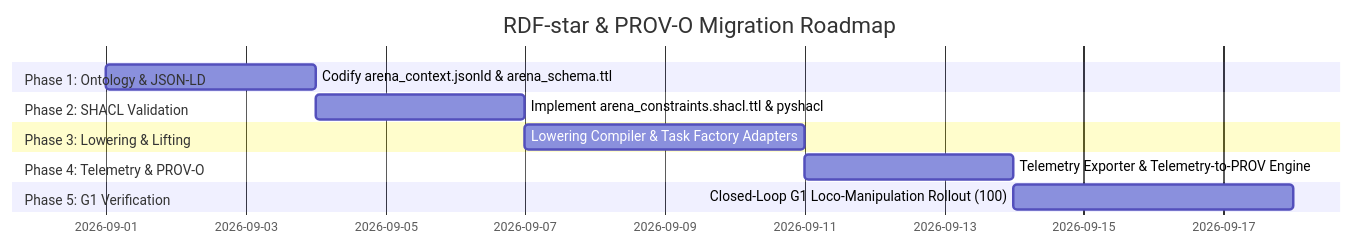
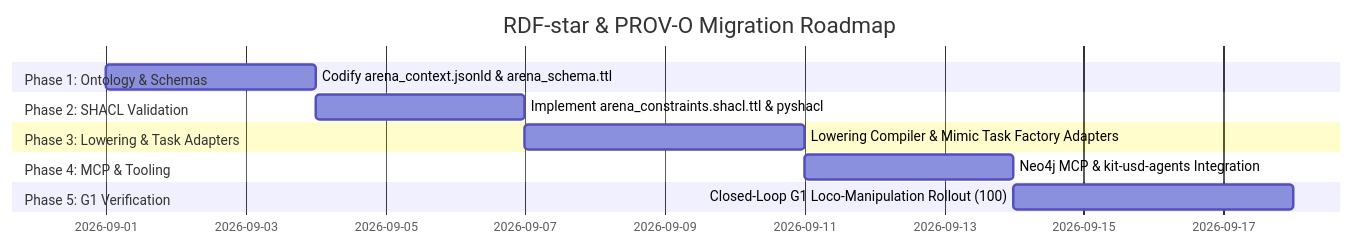
Before and after one commit to boredengineering/IsaacLab-Arena: the sixth of 6 diagrams in .agents/references/agentic_env_generation/rdf_star_lpg_provo_plan.md, drawn with Mermaid. The commit also changed other lines of this file, not shown here.

Commit message:
docs(agentic): add LPG cypher schema, MCP ecosystem, and skill integration plan

````diff
--- a/.agents/references/agentic_env_generation/rdf_star_lpg_provo_plan.md
+++ b/.agents/references/agentic_env_generation/rdf_star_lpg_provo_plan.md
@@ -416,15 +588,15 @@
 ```mermaid
 gantt
     title RDF-star & PROV-O Migration Roadmap
     dateFormat  YYYY-MM-DD
-    section Phase 1: Ontology & JSON-LD
+    section Phase 1: Ontology & Schemas
     Codify arena_context.jsonld & arena_schema.ttl :p1, 2026-09-01, 3d
     section Phase 2: SHACL Validation
     Implement arena_constraints.shacl.ttl & pyshacl :p2, after p1, 3d
-    section Phase 3: Lowering & Lifting
-    Lowering Compiler & Task Factory Adapters      :p3, after p2, 4d
-    section Phase 4: Telemetry & PROV-O
-    Telemetry Exporter & Telemetry-to-PROV Engine  :p4, after p3, 3d
+    section Phase 3: Lowering & Task Adapters
+    Lowering Compiler & Mimic Task Factory Adapters :p3, after p2, 4d
+    section Phase 4: MCP & Tooling
+    Neo4j MCP & kit-usd-agents Integration          :p4, after p3, 3d
     section Phase 5: G1 Verification
     Closed-Loop G1 Loco-Manipulation Rollout (100) :p5, after p4, 4d
 ```
````
